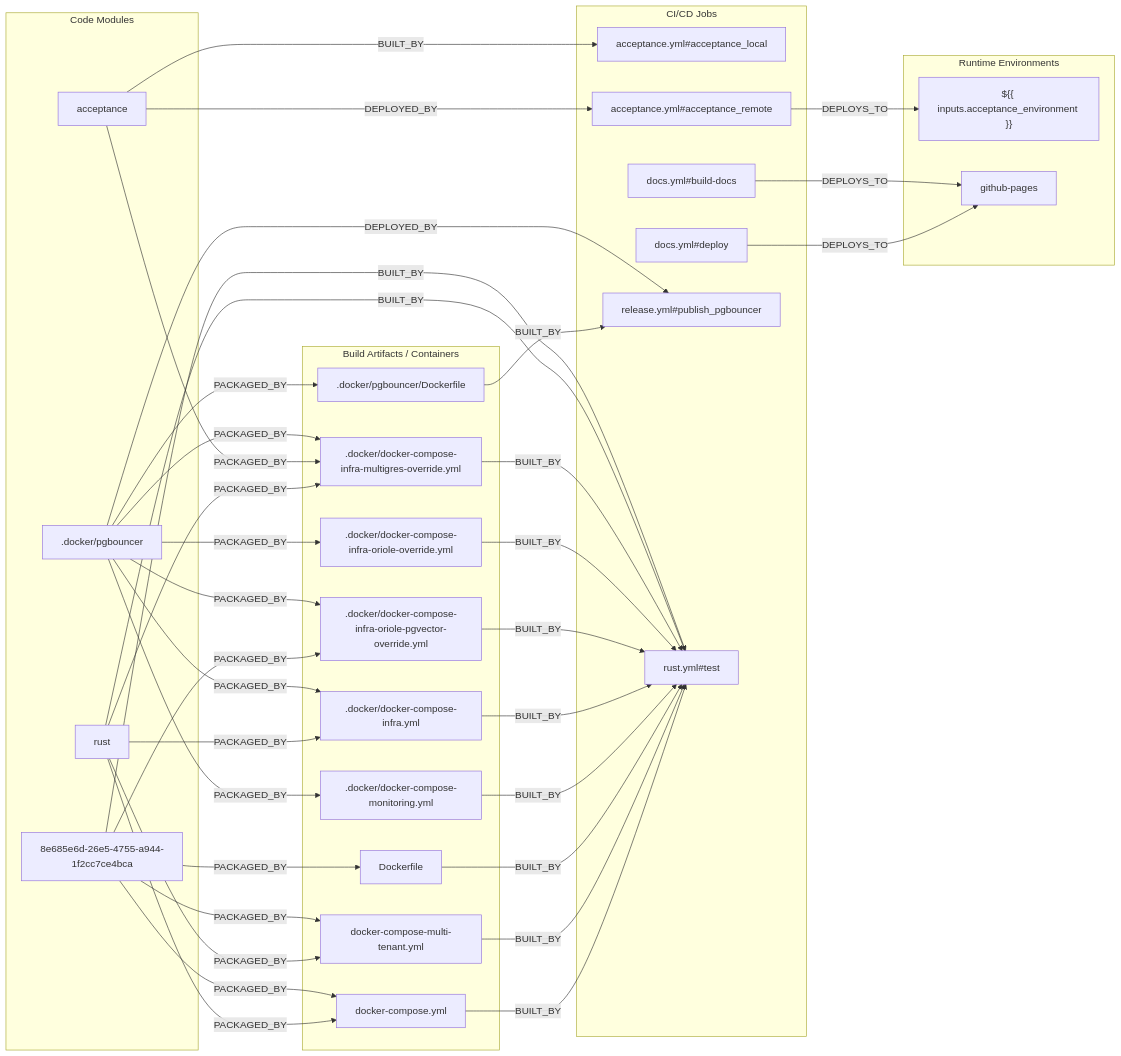
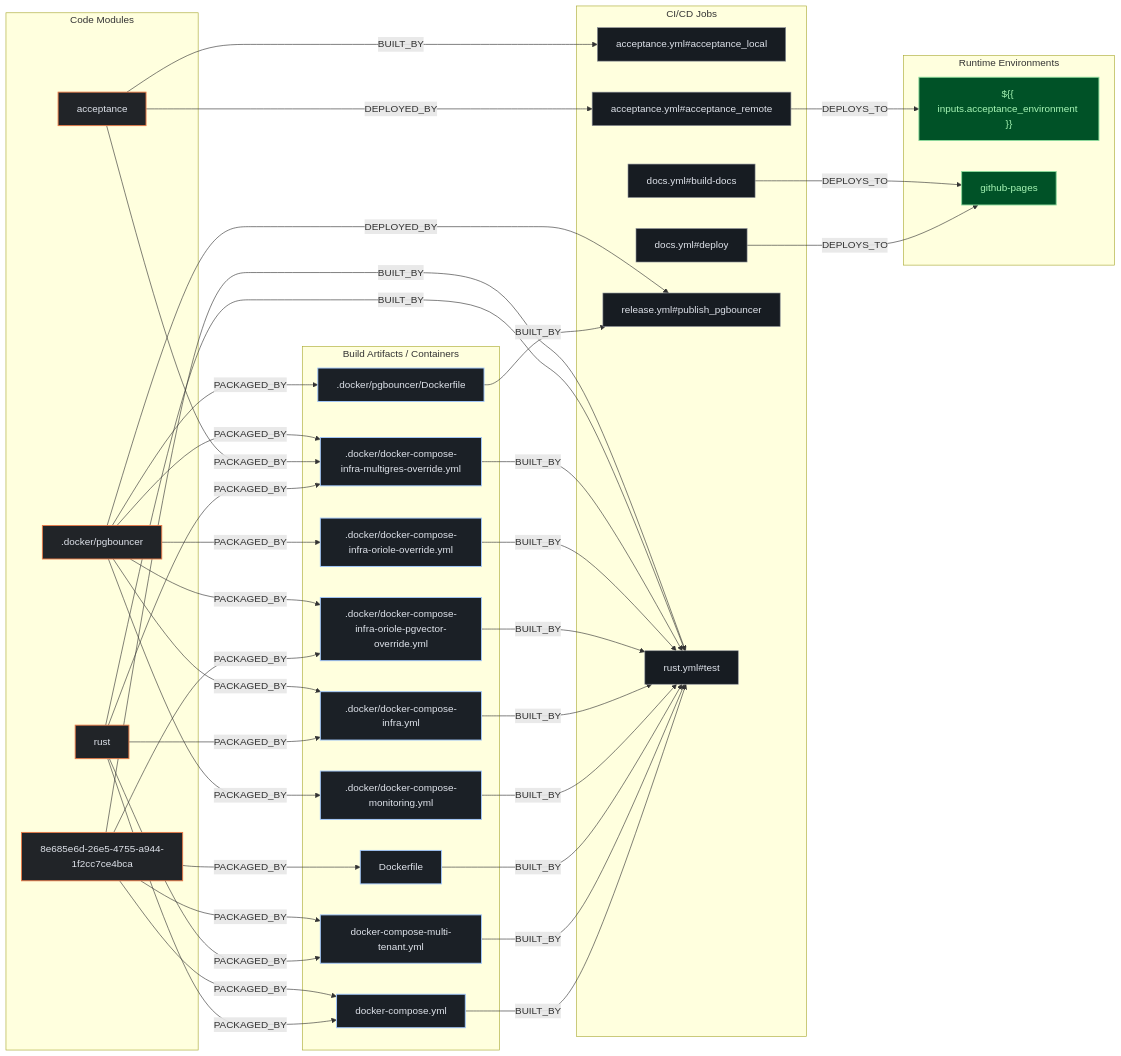
Before and after one commit to kumarshaz/atruss-code-atlas: the second of 3 diagrams in exports/latest/reports/supabase-storage-report.md, drawn with Mermaid. The commit also changed other lines of this file and 331 other files, not shown here.

Commit message:
docs,ui,fix: update SDLC docs, reorder CI/CD DAG first, stylize Mermaid, and fix Arc42 pipeline topology

````diff
--- a/exports/latest/reports/supabase-storage-report.md
+++ b/exports/latest/reports/supabase-storage-report.md
@@ -209,64 +216,68 @@
 ```mermaid
 flowchart LR
+    classDef atlasCategory fill:#212428,stroke:#E87A48,stroke-width:1.5px,color:#dfe3eb
+    classDef atlasWorkflow fill:#1b2026,stroke:#a3c9ff,stroke-width:1.5px,color:#dfe3eb
+    classDef atlasJob fill:#171c22,stroke:#8d9199,stroke-width:1px,color:#dfe3eb
+    classDef atlasTarget fill:#005227,stroke:#8bd99b,stroke-width:1.5px,color:#a7f6b6
     subgraph code_modules["Code Modules"]
-        mod__docker_pgbouncer[".docker/pgbouncer"]
-        mod_8e685e6d_26e5_4755_a944_1f2cc7ce4bca["8e685e6d-26e5-4755-a944-1f2cc7ce4bca"]
-        mod_acceptance["acceptance"]
-        mod_rust["rust"]
+        mod__docker_pgbouncer[".docker/pgbouncer"]:::atlasCategory
+        mod_8e685e6d_26e5_4755_a944_1f2cc7ce4bca["8e685e6d-26e5-4755-a944-1f2cc7ce4bca"]:::atlasCategory
+        mod_acceptance["acceptance"]:::atlasCategory
+        mod_rust["rust"]:::atlasCategory
     end
     subgraph build_artifacts["Build Artifacts / Containers"]
-        art__docker_docker_compose_infra_multigres_override_yml[".docker/docker-compose-infra-multigres-override.yml"]
-        art__docker_docker_compose_infra_oriole_override_yml[".docker/docker-compose-infra-oriole-override.yml"]
-        art__docker_docker_compose_infra_oriole_pgvector_override_yml[".docker/docker-compose-infra-oriole-pgvector-override.yml"]
-        art__docker_docker_compose_infra_yml[".docker/docker-compose-infra.yml"]
-        art__docker_docker_compose_monitoring_yml[".docker/docker-compose-monitoring.yml"]
-        art__docker_pgbouncer_Dockerfile[".docker/pgbouncer/Dockerfile"]
-        art_Dockerfile["Dockerfile"]
-        art_docker_compose_multi_tenant_yml["docker-compose-multi-tenant.yml"]
-        art_docker_compose_yml["docker-compose.yml"]
+        art__docker_docker_compose_infra_multigres_override_yml[".docker/docker-compose-infra-multigres-override.yml"]:::atlasWorkflow
+        art__docker_docker_compose_infra_oriole_override_yml[".docker/docker-compose-infra-oriole-override.yml"]:::atlasWorkflow
+        art__docker_docker_compose_infra_oriole_pgvector_override_yml[".docker/docker-compose-infra-oriole-pgvector-override.yml"]:::atlasWorkflow
+        art__docker_docker_compose_infra_yml[".docker/docker-compose-infra.yml"]:::atlasWorkflow
+        art__docker_docker_compose_monitoring_yml[".docker/docker-compose-monitoring.yml"]:::atlasWorkflow
+        art__docker_pgbouncer_Dockerfile[".docker/pgbouncer/Dockerfile"]:::atlasWorkflow
+        art_Dockerfile["Dockerfile"]:::atlasWorkflow
+        art_docker_compose_multi_tenant_yml["docker-compose-multi-tenant.yml"]:::atlasWorkflow
+        art_docker_compose_yml["docker-compose.yml"]:::atlasWorkflow
     end
     subgraph ci_jobs["CI/CD Jobs"]
-        job_acceptance_yml_acceptance_local["acceptance.yml#acceptance_local"]
-        job_acceptance_yml_acceptance_remote["acceptance.yml#acceptance_remote"]
-        job_docs_yml_build_docs["docs.yml#build-docs"]
-        job_docs_yml_deploy["docs.yml#deploy"]
-        job_release_yml_publish_pgbouncer["release.yml#publish_pgbouncer"]
-        job_rust_yml_test["rust.yml#test"]
+        job_acceptance_yml_acceptance_local["acceptance.yml#acceptance_local"]:::atlasJob
+        job_acceptance_yml_acceptance_remote["acceptance.yml#acceptance_remote"]:::atlasJob
+        job_docs_yml_build_docs["docs.yml#build-docs"]:::atlasJob
+        job_docs_yml_deploy["docs.yml#deploy"]:::atlasJob
+        job_release_yml_publish_pgbouncer["release.yml#publish_pgbouncer"]:::atlasJob
+        job_rust_yml_test["rust.yml#test"]:::atlasJob
     end
     subgraph runtime_envs["Runtime Environments"]
-        env_____inputs_acceptance_environment___["${{ inputs.acceptance_environment }}"]
-        env_github_pages["github-pages"]
+        env_____inputs_acceptance_environment___["${{ inputs.acceptance_environment }}"]:::atlasTarget
+        env_github_pages["github-pages"]:::atlasTarget
     end
     job_acceptance_yml_acceptance_remote -->|DEPLOYS_TO| env_____inputs_acceptance_environment___
     job_docs_yml_build_docs -->|DEPLOYS_TO| env_github_pages
     job_docs_yml_deploy -->|DEPLOYS_TO| env_github_pages
     mod__docker_pgbouncer -->|DEPLOYED_BY| job_release_yml_publish_pgbouncer
     mod__docker_pgbouncer -->|PACKAGED_BY| art__docker_docker_compose_infra_multigres_override_yml
     mod__docker_pgbouncer -->|PACKAGED_BY| art__docker_docker_compose_infra_oriole_override_yml
     mod__docker_pgbouncer -->|PACKAGED_BY| art__docker_docker_compose_infra_oriole_pgvector_override_yml
     mod__docker_pgbouncer -->|PACKAGED_BY| art__docker_docker_compose_infra_yml
     mod__docker_pgbouncer -->|PACKAGED_BY| art__docker_docker_compose_monitoring_yml
     mod__docker_pgbouncer -->|PACKAGED_BY| art__docker_pgbouncer_Dockerfile
     mod_8e685e6d_26e5_4755_a944_1f2cc7ce4bca -->|BUILT_BY| job_rust_yml_test
     mod_8e685e6d_26e5_4755_a944_1f2cc7ce4bca -->|PACKAGED_BY| art__docker_docker_compose_infra_oriole_pgvector_override_yml
     mod_8e685e6d_26e5_4755_a944_1f2cc7ce4bca -->|PACKAGED_BY| art_Dockerfile
     mod_8e685e6d_26e5_4755_a944_1f2cc7ce4bca -->|PACKAGED_BY| art_docker_compose_multi_tenant_yml
     mod_8e685e6d_26e5_4755_a944_1f2cc7ce4bca -->|PACKAGED_BY| art_docker_compose_yml
     mod_acceptance -->|BUILT_BY| job_acceptance_yml_acceptance_local
     mod_acceptance -->|DEPLOYED_BY| job_acceptance_yml_acceptance_remote
     mod_acceptance -->|PACKAGED_BY| art__docker_docker_compose_infra_multigres_override_yml
     mod_rust -->|BUILT_BY| job_rust_yml_test
     mod_rust -->|PACKAGED_BY| art__docker_docker_compose_infra_multigres_override_yml
     mod_rust -->|PACKAGED_BY| art__docker_docker_compose_infra_yml
     mod_rust -->|PACKAGED_BY| art_docker_compose_multi_tenant_yml
     mod_rust -->|PACKAGED_BY| art_docker_compose_yml
     art__docker_docker_compose_infra_multigres_override_yml -->|BUILT_BY| job_rust_yml_test
     art__docker_docker_compose_infra_oriole_override_yml -->|BUILT_BY| job_rust_yml_test
     art__docker_docker_compose_infra_oriole_pgvector_override_yml -->|BUILT_BY| job_rust_yml_test
     art__docker_docker_compose_infra_yml -->|BUILT_BY| job_rust_yml_test
     art__docker_docker_compose_monitoring_yml -->|BUILT_BY| job_rust_yml_test
     art__docker_pgbouncer_Dockerfile -->|BUILT_BY| job_release_yml_publish_pgbouncer
     art_Dockerfile -->|BUILT_BY| job_rust_yml_test
     art_docker_compose_multi_tenant_yml -->|BUILT_BY| job_rust_yml_test
     art_docker_compose_yml -->|BUILT_BY| job_rust_yml_test
 ```
````
